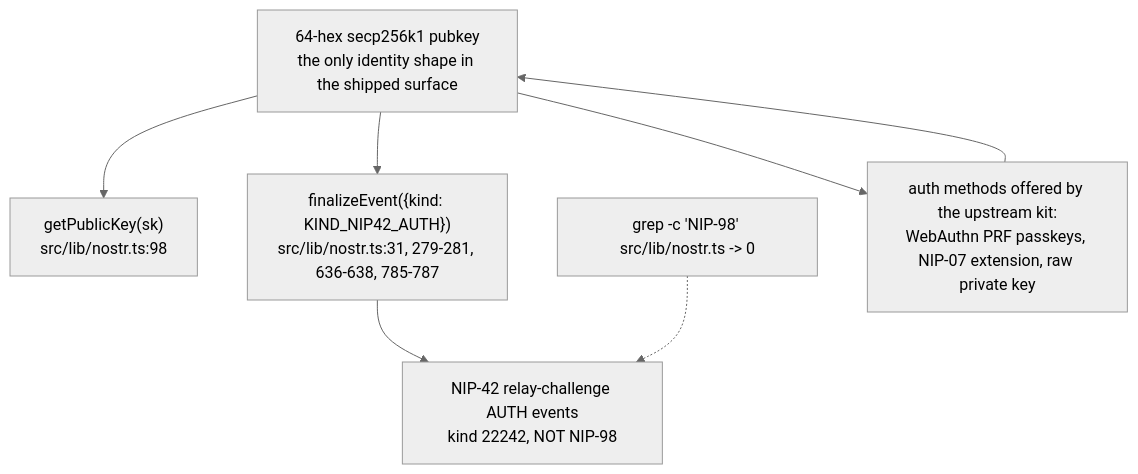
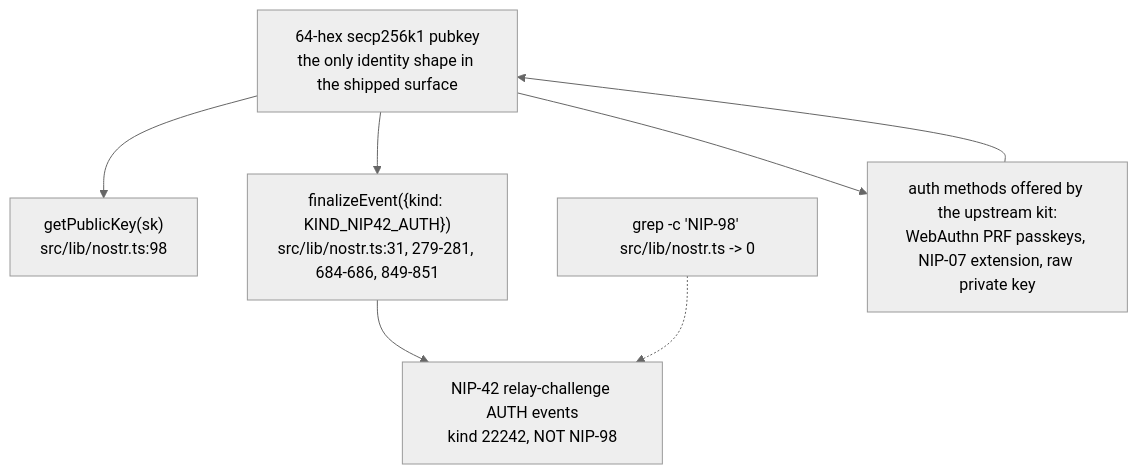
One commit to DreamLab-AI/VisionFlow changed the first of 7 diagrams in docs/diagrams/dreamlab-ai-website/04-identity-zones-and-security-posture.md. Above: the diagram before and after it, drawn with Mermaid (neutral theme). The commit also changed other lines of this file and 160 other files, not shown here.

````diff
--- a/docs/diagrams/dreamlab-ai-website/04-identity-zones-and-security-posture.md
+++ b/docs/diagrams/dreamlab-ai-website/04-identity-zones-and-security-posture.md
@@ -19,9 +24,9 @@
 ```mermaid
 flowchart TB
     KEY["64-hex secp256k1 pubkey<br/>the only identity shape in the shipped surface"] --> GEN["getPublicKey(sk)<br/>src/lib/nostr.ts:98"]
-    KEY --> AUTH["finalizeEvent({kind: KIND_NIP42_AUTH})<br/>src/lib/nostr.ts:31, 279-281, 636-638, 785-787"]
+    KEY --> AUTH["finalizeEvent({kind: KIND_NIP42_AUTH})<br/>src/lib/nostr.ts:31, 279-281, 684-686, 849-851"]
     AUTH --> CHALLENGE["NIP-42 relay-challenge AUTH events<br/>kind 22242, NOT NIP-98"]
     NEG["grep -c 'NIP-98' src/lib/nostr.ts -> 0"] -.-> CHALLENGE
     KEY --> METHODS["auth methods offered by the upstream kit:<br/>WebAuthn PRF passkeys, NIP-07 extension, raw private key"]
     METHODS --> KEY
 ```
````
